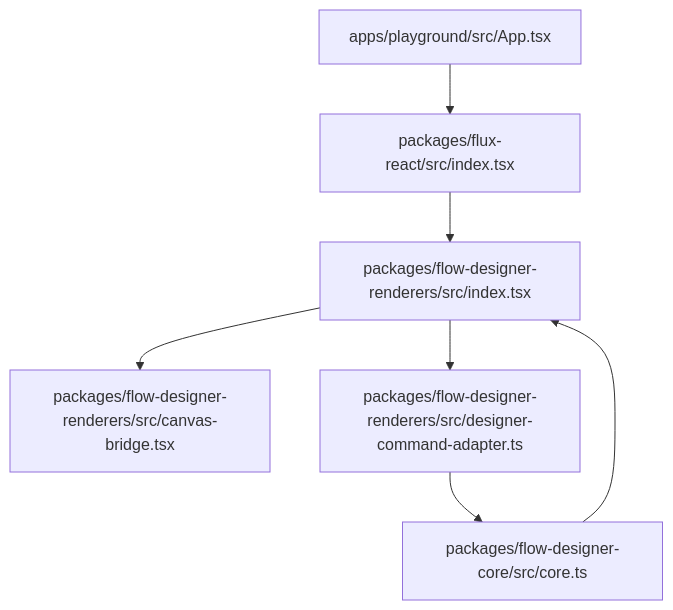
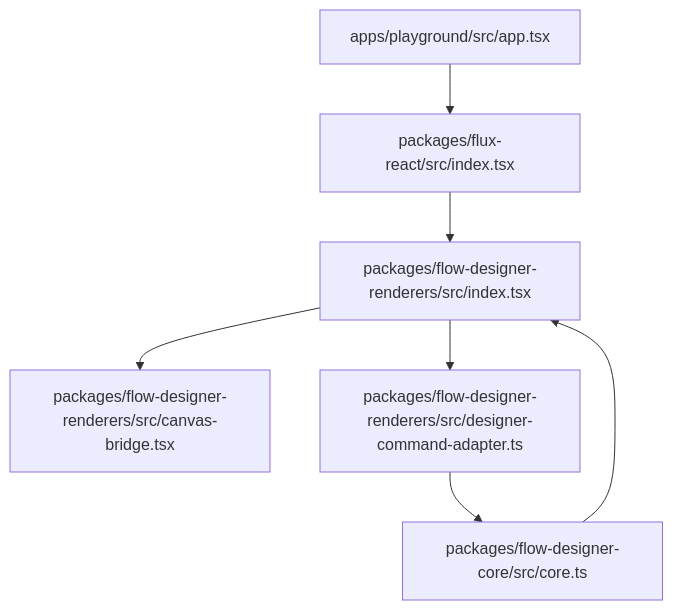
One commit to entropy-cloud/nop-chaos-flux changed the second of 4 diagrams in docs/architecture/flow-designer/collaboration.md. Above: the diagram before and after it, drawn with Mermaid. The commit also changed other lines of this file and 5 other files, not shown here.

Commit message:
docs: fix stale App.tsx references to app.tsx across architecture docs

````diff
--- a/docs/architecture/flow-designer/collaboration.md
+++ b/docs/architecture/flow-designer/collaboration.md
@@ -191,9 +191,9 @@
 ```mermaid
 flowchart TD
-  A[apps/playground/src/App.tsx] --> B[packages/flux-react/src/index.tsx]
+  A[apps/playground/src/app.tsx] --> B[packages/flux-react/src/index.tsx]
   B --> C[packages/flow-designer-renderers/src/index.tsx]
   C --> D[packages/flow-designer-renderers/src/canvas-bridge.tsx]
   C --> E[packages/flow-designer-renderers/src/designer-command-adapter.ts]
   E --> F[packages/flow-designer-core/src/core.ts]
   F --> C
 ```
````
